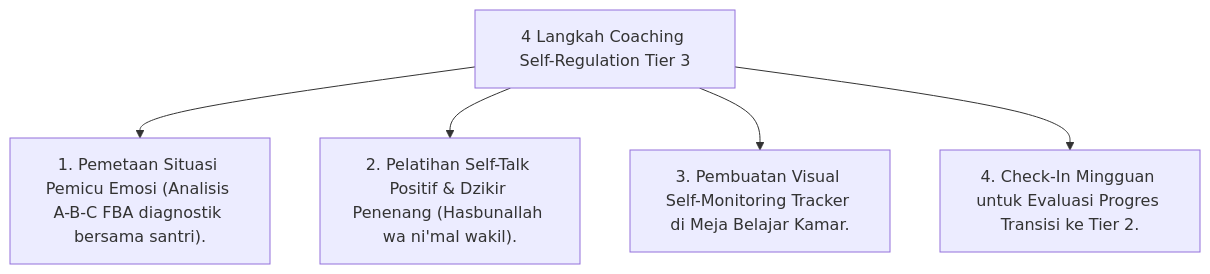
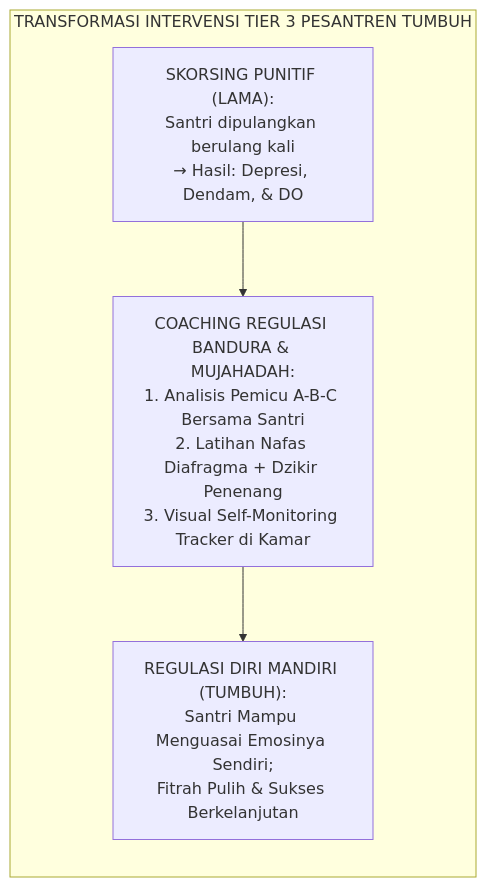
Before and after one commit to wandiapriliyandi/tumbuh: the first of 2 diagrams in 10 Methods/03 Coaching Methods/P10-03-03-Teknik-Coaching-Self-Regulation-dan-BIP-Tier-3.md, drawn with Mermaid. The commit also changed other lines of this file and 3 other files, not shown here.

````diff
--- a/10 Methods/03 Coaching Methods/P10-03-03-Teknik-Coaching-Self-Regulation-dan-BIP-Tier-3.md
+++ b/10 Methods/03 Coaching Methods/P10-03-03-Teknik-Coaching-Self-Regulation-dan-BIP-Tier-3.md
@@ -14,8 +28,7 @@
 ```mermaid
-graph TD
-    BIPCoachingSOP["4 Langkah Coaching Self-Regulation Tier 3"]
-    BIPCoachingSOP --> TriggerMapping["1. Pemetaan Situasi Pemicu Emosi (Analisis A-B-C FBA diagnostik bersama santri)."]
-    BIPCoachingSOP --> SelfTalkTraining["2. Pelatihan Self-Talk Positif & Dzikir Penenang (Hasbunallah wa ni'mal wakil)."]
-    BIPCoachingSOP --> VisualTracker["3. Pembuatan Visual Self-Monitoring Tracker di Meja Belajar Kamar."]
-    BIPCoachingSOP --> WeeklyCheckIn["4. Check-In Mingguan untuk Evaluasi Progres Transisi ke Tier 2."]
+flowchart LR
+    subgraph SelfRegulationBridge["TRANSFORMASI INTERVENSI TIER 3 PESANTREN TUMBUH"]
+        Skorsing["SKORSING PUNITIF (LAMA):<br/>Santri dipulangkan berulang kali<br/>→ Hasil: Depresi, Dendam, & DO"] --> Shift["COACHING REGULASI BANDURA & MUJAHADAH:<br/>1. Analisis Pemicu A-B-C Bersama Santri<br/>2. Latihan Nafas Diafragma + Dzikir Penenang<br/>3. Visual Self-Monitoring Tracker di Kamar"]
+        Shift --> Resilient["REGULASI DIRI MANDIRI (TUMBUH):<br/>Santri Mampu Menguasai Emosinya Sendiri;<br/>Fitrah Pulih & Sukses Berkelanjutan"]
+    end
 ```
````
